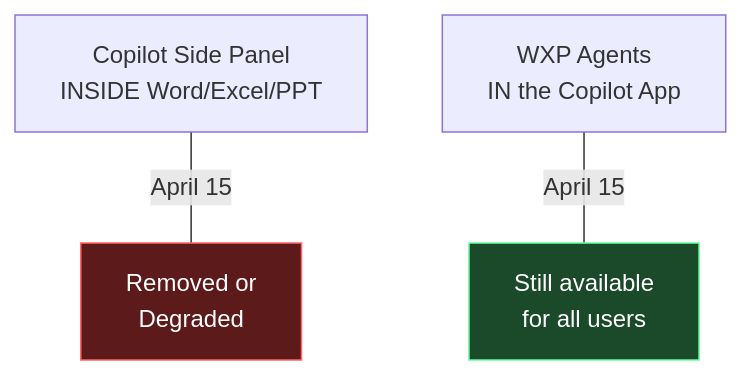
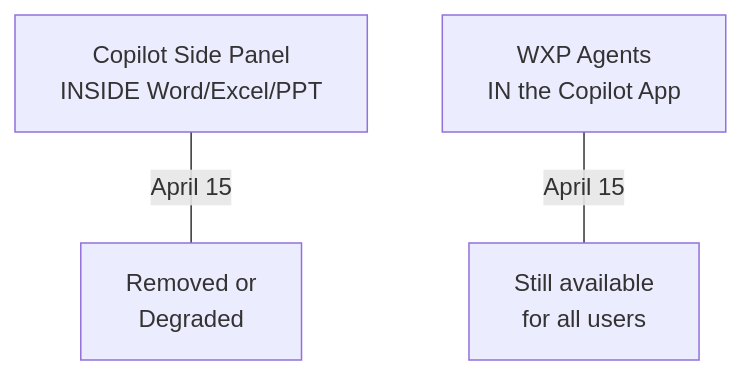
Before and after one commit to susanthgit/aguidetocloud-revamp: the third of 4 diagrams in content/blog/microsoft-365-copilot-chat-april-2026-changes-what-admins-need-to-know.md, drawn with Mermaid. The commit also changed other lines of this file and 553 other files, not shown here.

First line of the commit message:
🌸 Z17: Zen Mermaid diagrams — Stripe Docs style

````diff
--- a/content/blog/microsoft-365-copilot-chat-april-2026-changes-what-admins-need-to-know.md
+++ b/content/blog/microsoft-365-copilot-chat-april-2026-changes-what-admins-need-to-know.md
@@ -149,7 +144,5 @@
 ```mermaid
 flowchart TD
     A["Copilot Side Panel<br/>INSIDE Word/Excel/PPT"] ---|"April 15"| B["Removed or<br/>Degraded"]
     C["WXP Agents<br/>IN the Copilot App"] ---|"April 15"| D["Still available<br/>for all users"]
-    style B fill:#5c1a1a,stroke:#ff6666,color:#ffffff
-    style D fill:#1a4a2a,stroke:#66ff99,color:#ffffff
 ```
````
